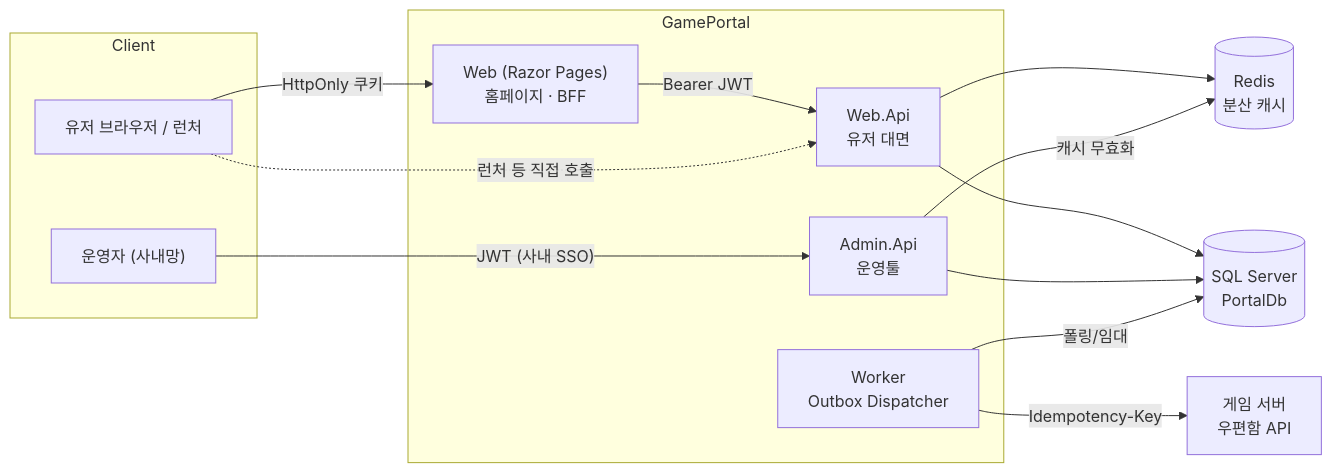
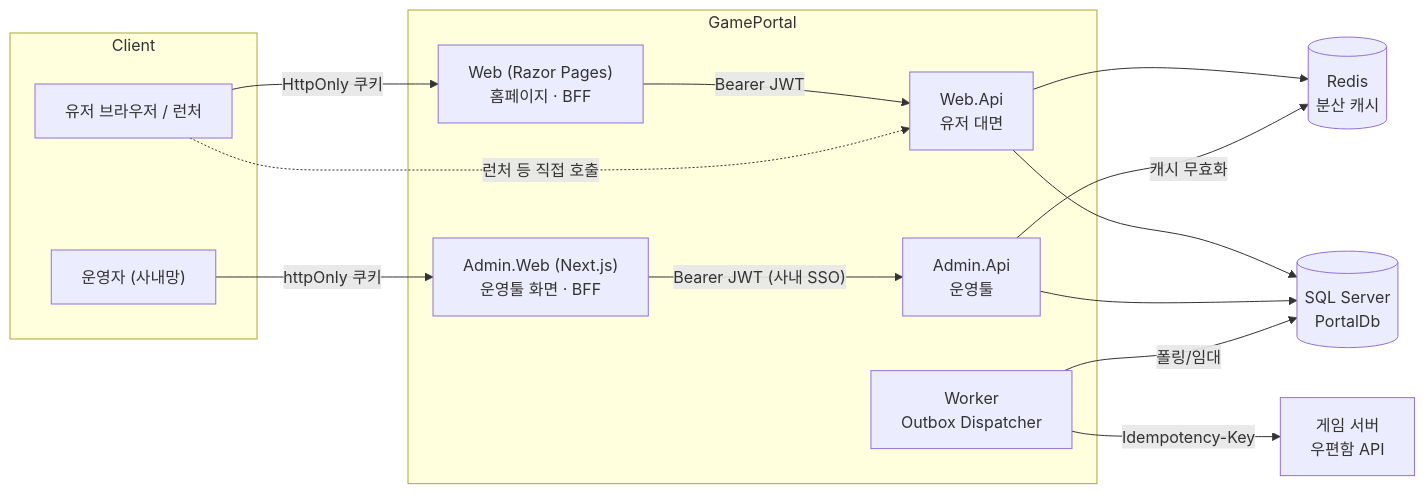
The first of 4 diagrams in docs/ARCHITECTURE.md (hyunolike/game-portal-poc), drawn with Mermaid before and after one commit. The commit also changed other lines of this file and 69 other files, not shown here.

First line of the commit message:
feat(admin-web): 운영툴 화면 추가 (Next.js App Router)

````diff
--- a/docs/ARCHITECTURE.md
+++ b/docs/ARCHITECTURE.md
@@ -8,29 +8,31 @@
 ```mermaid
 flowchart LR
     subgraph Client
         U["유저 브라우저 / 런처"]
         O["운영자 (사내망)"]
     end
 
     subgraph GamePortal
         F["Web (Razor Pages)<br/>홈페이지 · BFF"]
         W[Web.Api<br/>유저 대면]
+        AW["Admin.Web (Next.js)<br/>운영툴 화면 · BFF"]
         A[Admin.Api<br/>운영툴]
         K[Worker<br/>Outbox Dispatcher]
     end
 
     DB[(SQL Server<br/>PortalDb)]
     R[(Redis<br/>분산 캐시)]
     G[게임 서버<br/>우편함 API]
 
     U -- "HttpOnly 쿠키" --> F
     F -- "Bearer JWT" --> W
     U -. "런처 등 직접 호출" .-> W
-    O -- "JWT (사내 SSO)" --> A
+    O -- "httpOnly 쿠키" --> AW
+    AW -- "Bearer JWT (사내 SSO)" --> A
     W --> DB
     W --> R
     A --> DB
     A -- 캐시 무효화 --> R
     K -- 폴링/임대 --> DB
     K -- Idempotency-Key --> G
 ```
````
